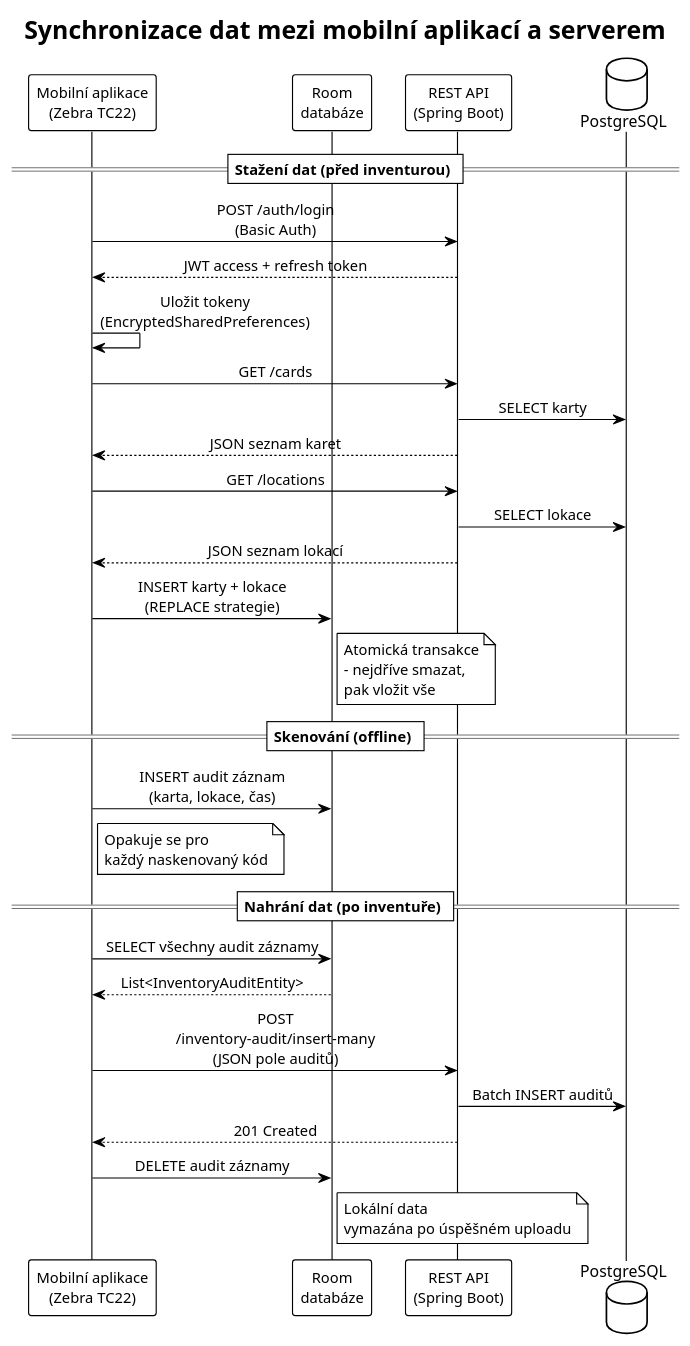
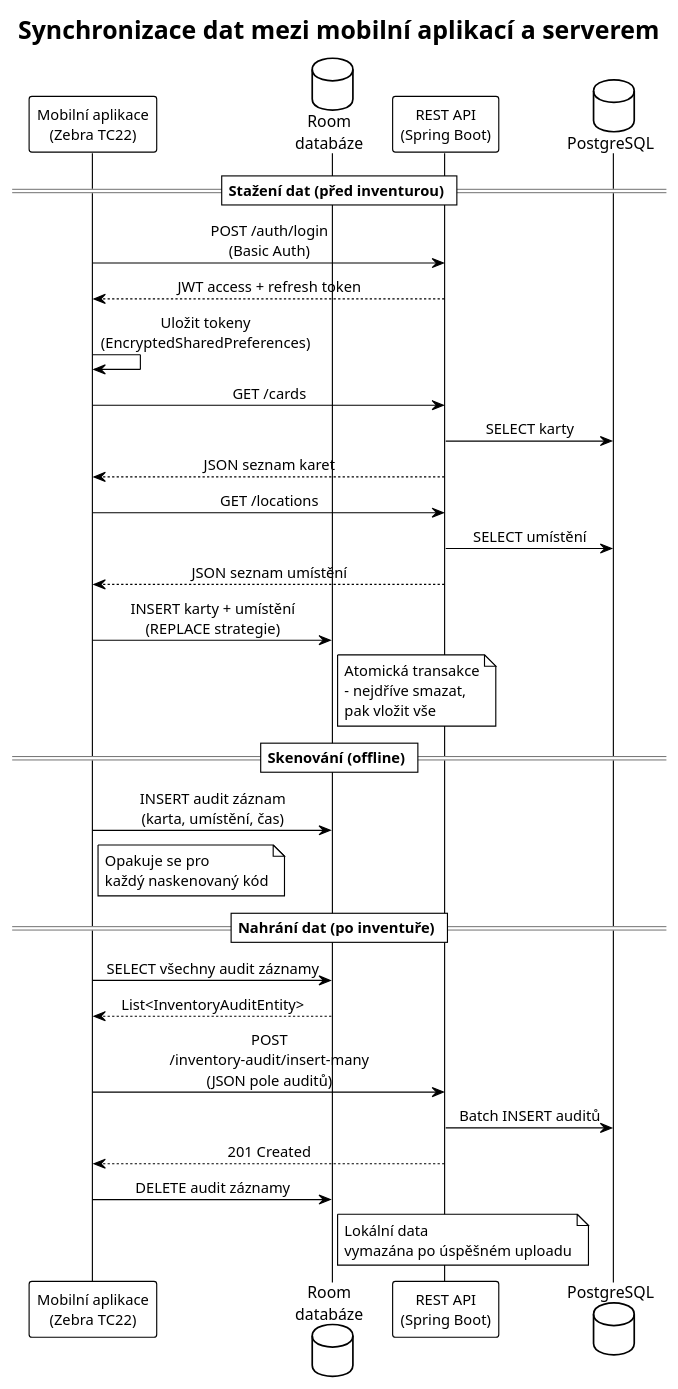
Before and after one commit to ondrasovka04/majetek: the diagram in thesis/diagrams/sequence-sync.puml, drawn with PlantUML. The commit also changed 16 other files, not shown here.

```diff
--- a/thesis/diagrams/sequence-sync.puml
+++ b/thesis/diagrams/sequence-sync.puml
@@ -1,49 +1,49 @@
 @startuml sequence-sync
 !theme plain
 skinparam sequenceMessageAlign center
 skinparam maxMessageSize 200
 skinparam participantFontSize 13
 skinparam sequenceFontSize 12
 
 title Synchronizace dat mezi mobilní aplikací a serverem
 
 participant "Mobilní aplikace\n(Zebra TC22)" as App
-participant "Room\ndatabáze" as Room
+database "Room\ndatabáze" as Room
 participant "REST API\n(Spring Boot)" as Server
 database "PostgreSQL" as DB
 
 == Stažení dat (před inventurou) ==
 
 App -> Server : POST /auth/login\n(Basic Auth)
 Server --> App : JWT access + refresh token
 App -> App : Uložit tokeny\n(EncryptedSharedPreferences)
 
 App -> Server : GET /cards
 Server -> DB : SELECT karty
 Server --> App : JSON seznam karet
 
 App -> Server : GET /locations
-Server -> DB : SELECT lokace
-Server --> App : JSON seznam lokací
+Server -> DB : SELECT umístění
+Server --> App : JSON seznam umístění
 
-App -> Room : INSERT karty + lokace\n(REPLACE strategie)
+App -> Room : INSERT karty + umístění\n(REPLACE strategie)
 note right of Room : Atomická transakce\n– nejdříve smazat,\npak vložit vše
 
 == Skenování (offline) ==
 
-App -> Room : INSERT audit záznam\n(karta, lokace, čas)
+App -> Room : INSERT audit záznam\n(karta, umístění, čas)
 note right of App : Opakuje se pro\nkaždý naskenovaný kód
 
 == Nahrání dat (po inventuře) ==
 
 App -> Room : SELECT všechny audit záznamy
 Room --> App : List<InventoryAuditEntity>
 
 App -> Server : POST /inventory-audit/insert-many\n(JSON pole auditů)
 Server -> DB : Batch INSERT auditů
 Server --> App : 201 Created
 
 App -> Room : DELETE audit záznamy
 note right of Room : Lokální data\nvymazána po úspěšném uploadu
 
 @enduml
```
